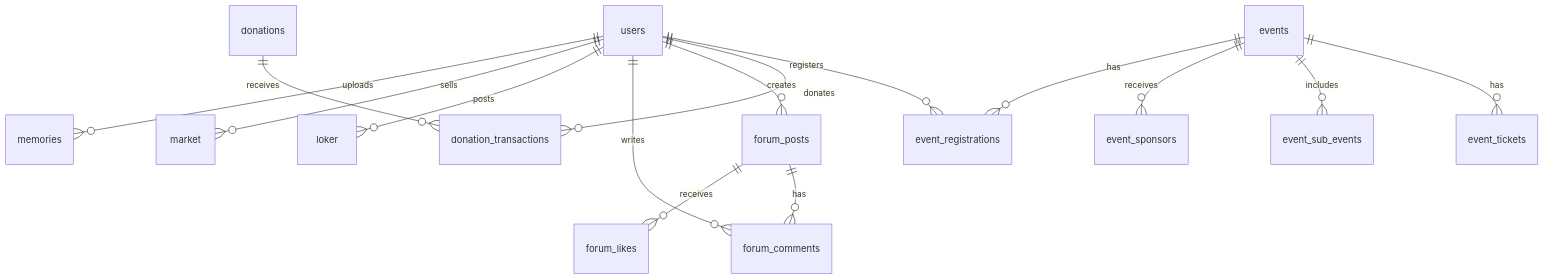
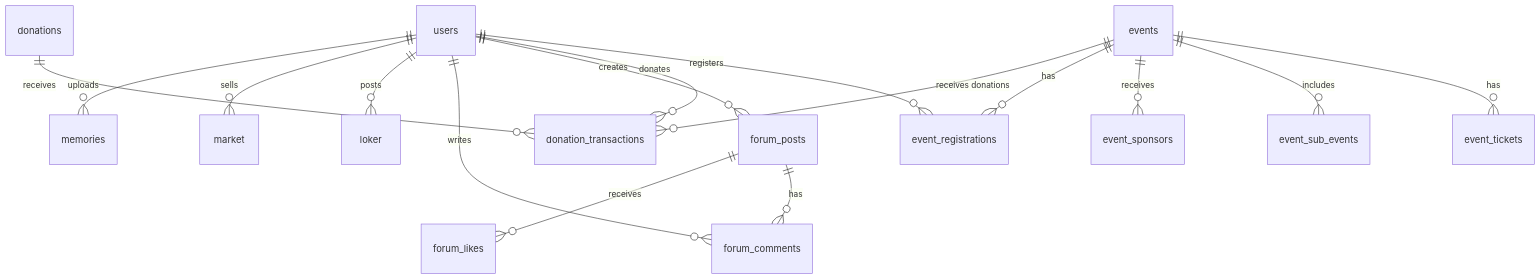
The diagram in SKEMA.md (khanifzyen/ikasmansara2), drawn with Mermaid before and after one commit. The commit also changed other lines of this file and 138 other files, not shown here.

Commit message:
feat: add flutter apps, fix migration scripts, and update schema

````diff
--- a/SKEMA.md
+++ b/SKEMA.md
@@ -9,20 +9,21 @@
 ```mermaid
 erDiagram
     users ||--o{ event_registrations : registers
     users ||--o{ donation_transactions : donates
     users ||--o{ forum_posts : creates
     users ||--o{ forum_comments : writes
     users ||--o{ loker : posts
     users ||--o{ market : sells
     users ||--o{ memories : uploads
     
     events ||--o{ event_tickets : has
     events ||--o{ event_sub_events : includes
     events ||--o{ event_sponsors : receives
     events ||--o{ event_registrations : has
+    events ||--o{ donation_transactions : "receives donations"
     
     donations ||--o{ donation_transactions : receives
     
     forum_posts ||--o{ forum_comments : has
     forum_posts ||--o{ forum_likes : receives
 ```
````
